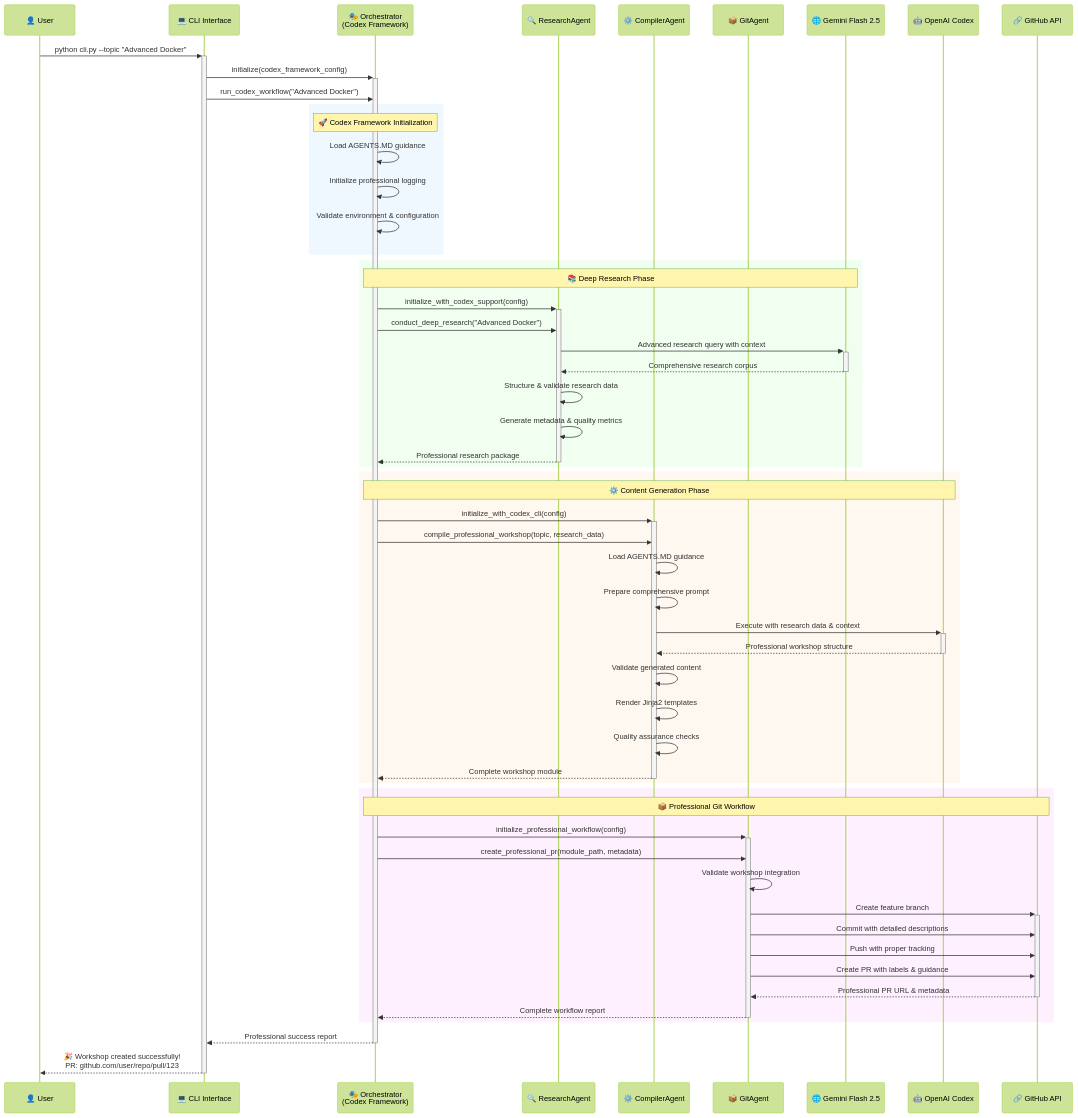
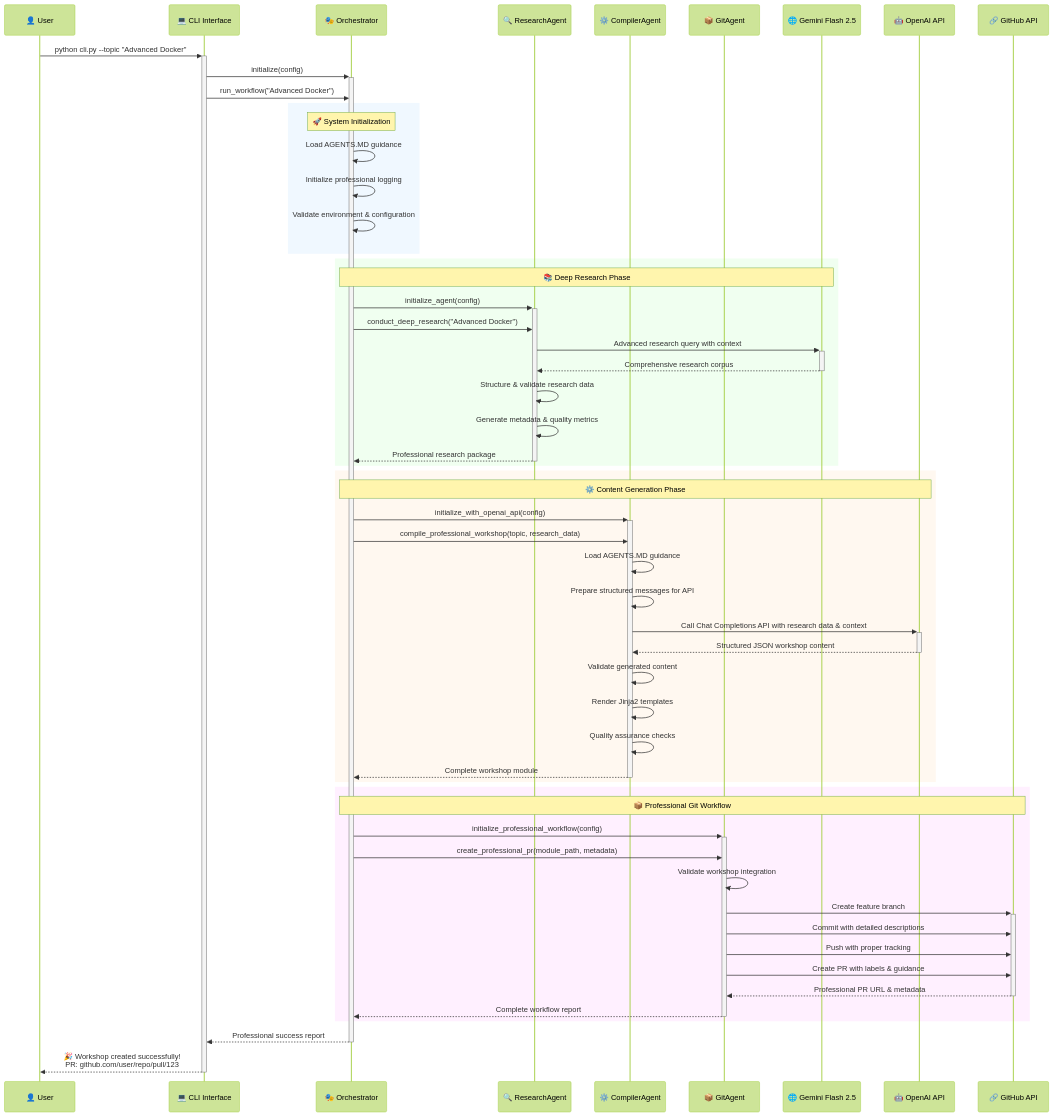
The second of 3 diagrams in workshop-builder/docs/03_core_concepts_architecture.md (TheDreamLabUK/website), drawn with Mermaid (forest theme) before and after one commit. The commit also changed other lines of this file and 20 other files, not shown here.

````diff
--- a/workshop-builder/docs/03_core_concepts_architecture.md
+++ b/workshop-builder/docs/03_core_concepts_architecture.md
@@ -109,70 +109,70 @@
 ```mermaid
 sequenceDiagram
     participant U as 👤 User
     participant CLI as 💻 CLI Interface
-    participant O as 🎭 Orchestrator<br/>(Codex Framework)
+    participant O as 🎭 Orchestrator
     participant RA as 🔍 ResearchAgent
     participant CA as ⚙️ CompilerAgent
     participant GA as 📦 GitAgent
     participant G as 🌐 Gemini Flash 2.5
-    participant CX as 🤖 OpenAI Codex
+    participant CX as 🤖 OpenAI API
     participant GH as 🔗 GitHub API
 
     %% User Initiation
     U->>+CLI: python cli.py --topic "Advanced Docker"
-    CLI->>+O: initialize(codex_framework_config)
-    CLI->>O: run_codex_workflow("Advanced Docker")
+    CLI->>+O: initialize(config)
+    CLI->>O: run_workflow("Advanced Docker")
     
-    %% Framework Initialization
+    %% System Initialization
     rect rgb(240, 248, 255)
-        Note over O: 🚀 Codex Framework Initialization
+        Note over O: 🚀 System Initialization
         O->>O: Load AGENTS.MD guidance
         O->>O: Initialize professional logging
         O->>O: Validate environment & configuration
     end
     
     %% Research Phase
     rect rgb(240, 255, 240)
         Note over O,G: 📚 Deep Research Phase
-        O->>+RA: initialize_with_codex_support(config)
+        O->>+RA: initialize_agent(config)
         O->>RA: conduct_deep_research("Advanced Docker")
         RA->>+G: Advanced research query with context
         G-->>-RA: Comprehensive research corpus
         RA->>RA: Structure & validate research data
         RA->>RA: Generate metadata & quality metrics
         RA-->>-O: Professional research package
     end
     
     %% Compilation Phase
     rect rgb(255, 248, 240)
         Note over O,CX: ⚙️ Content Generation Phase
-        O->>+CA: initialize_with_codex_cli(config)
+        O->>+CA: initialize_with_openai_api(config)
         O->>CA: compile_professional_workshop(topic, research_data)
         CA->>CA: Load AGENTS.MD guidance
-        CA->>CA: Prepare comprehensive prompt
-        CA->>+CX: Execute with research data & context
-        CX-->>-CA: Professional workshop structure
+        CA->>CA: Prepare structured messages for API
+        CA->>+CX: Call Chat Completions API with research data & context
+        CX-->>-CA: Structured JSON workshop content
         CA->>CA: Validate generated content
         CA->>CA: Render Jinja2 templates
         CA->>CA: Quality assurance checks
         CA-->>-O: Complete workshop module
     end
     
     %% Git Workflow Phase
     rect rgb(255, 240, 255)
         Note over O,GH: 📦 Professional Git Workflow
         O->>+GA: initialize_professional_workflow(config)
         O->>GA: create_professional_pr(module_path, metadata)
         GA->>GA: Validate workshop integration
         GA->>+GH: Create feature branch
         GA->>GH: Commit with detailed descriptions
         GA->>GH: Push with proper tracking
         GA->>GH: Create PR with labels & guidance
         GH-->>-GA: Professional PR URL & metadata
         GA-->>-O: Complete workflow report
     end
     
     %% Success Response
     O-->>-CLI: Professional success report
     CLI-->>-U: 🎉 Workshop created successfully!<br/>PR: github.com/user/repo/pull/123
 ```
````
